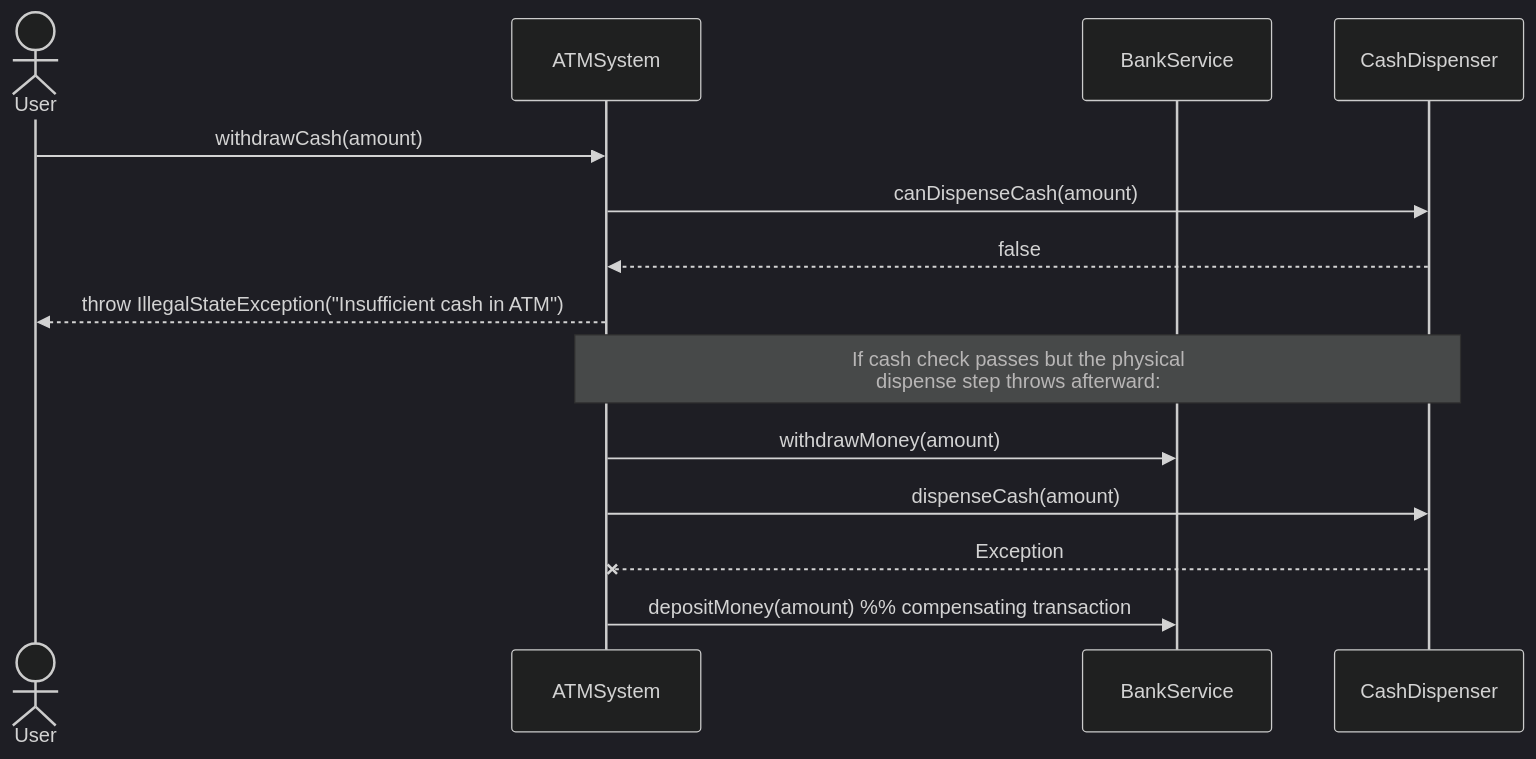
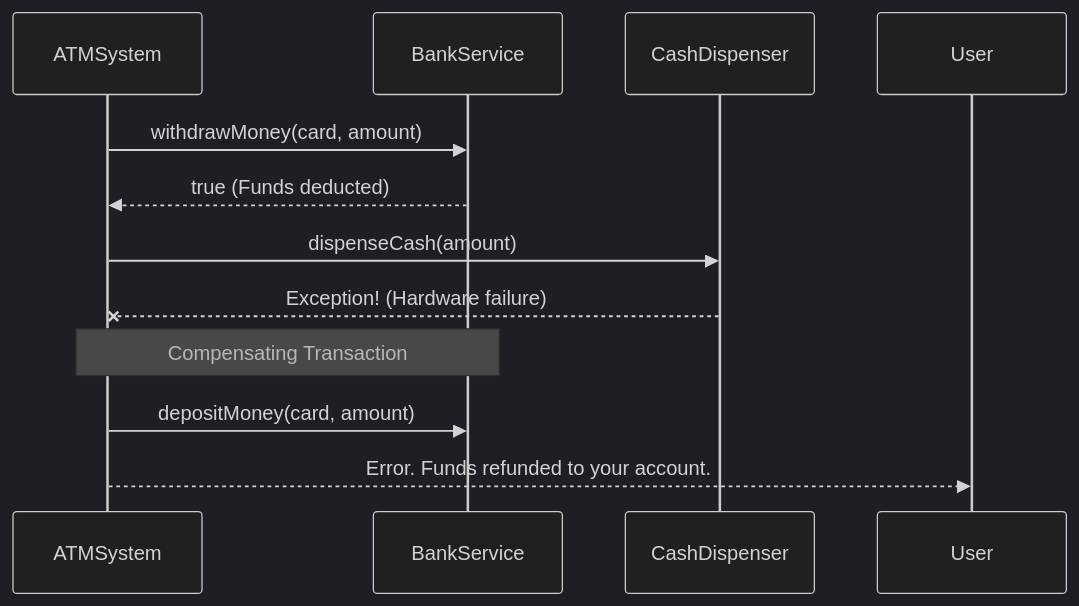
One commit to bhargavtenali/awesome-low-level-design changed the fourth of 4 diagrams in solutions/java/src/atm/atm-lld-interview-prep.md. Above: the diagram before and after it, drawn with Mermaid (dark theme). The commit also changed other lines of this file and 23 other files, not shown here.

````diff
--- a/solutions/java/src/atm/atm-lld-interview-prep.md
+++ b/solutions/java/src/atm/atm-lld-interview-prep.md
@@ -299,18 +258,13 @@
 ```mermaid
 sequenceDiagram
-    actor User
     participant ATM as ATMSystem
     participant Bank as BankService
     participant Cash as CashDispenser
-
-    User->>ATM: withdrawCash(amount)
-    ATM->>Cash: canDispenseCash(amount)
-    Cash-->>ATM: false
-    ATM-->>User: throw IllegalStateException("Insufficient cash in ATM")
-
-    Note over ATM,Cash: If cash check passes but the physical<br/>dispense step throws afterward:
-    ATM->>Bank: withdrawMoney(amount)
-    ATM->>Cash: dispenseCash(amount)
-    Cash--xATM: Exception
-    ATM->>Bank: depositMoney(amount)  %% compensating transaction
+    ATM ->> Bank: withdrawMoney(card, amount)
+    Bank -->> ATM: true (Funds deducted)
+    ATM ->> Cash: dispenseCash(amount)
+    Cash --x ATM: Exception! (Hardware failure)
+    Note over ATM, Bank: Compensating Transaction
+    ATM ->> Bank: depositMoney(card, amount)
+    ATM -->> User: Error. Funds refunded to your account.
 ```
````
